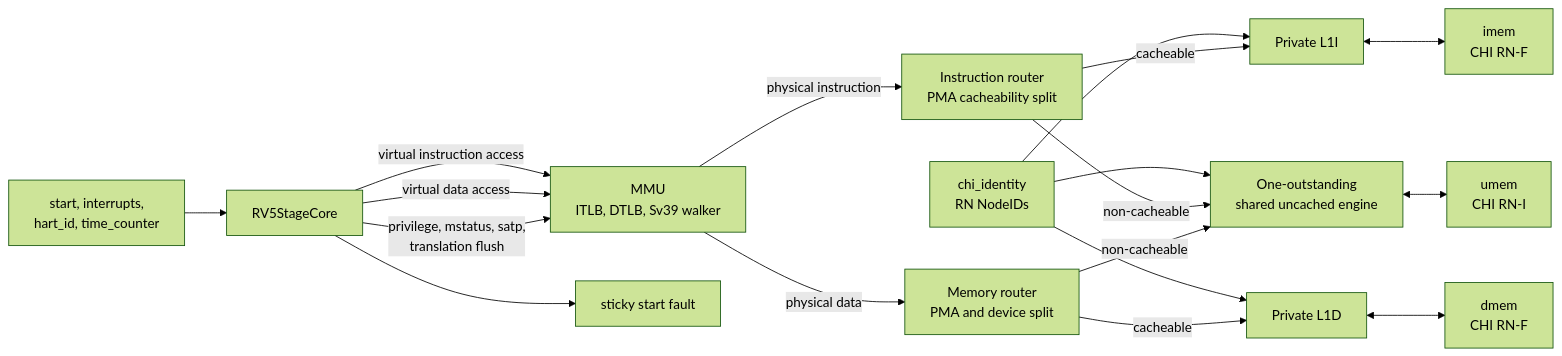
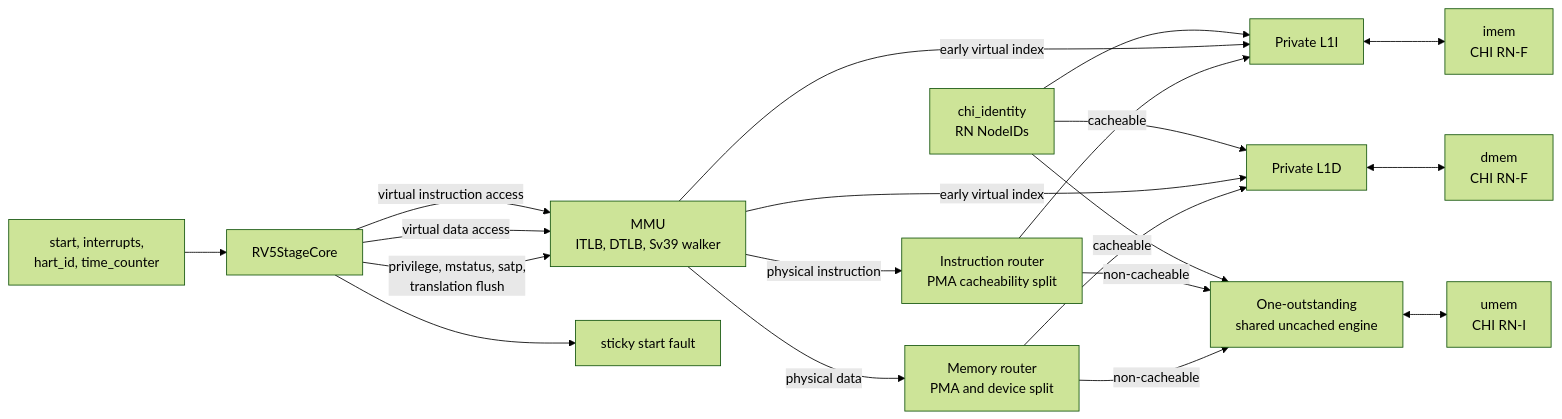
One commit to jerryz123/rhodium changed the second of 2 diagrams in cores/rv5stage/README.md. Above: the diagram before and after it, drawn with Mermaid (forest theme). The commit also changed other lines of this file and 20 other files, not shown here.

````diff
--- a/cores/rv5stage/README.md
+++ b/cores/rv5stage/README.md
@@ -249,24 +249,26 @@
 ```mermaid
 flowchart LR
     START["start, interrupts,<br/>hart_id, time_counter"] --> CORE["RV5StageCore"]
     IDENTITY["chi_identity<br/>RN NodeIDs"] --> L1I
     IDENTITY --> L1D
     IDENTITY --> UNCACHED
 
     CORE -->|"virtual instruction access"| MMU["MMU<br/>ITLB, DTLB, Sv39 walker"]
     CORE -->|"virtual data access"| MMU
     CORE -->|"privilege, mstatus, satp,<br/>translation flush"| MMU
+    MMU -->|"early virtual index"| L1I
+    MMU -->|"early virtual index"| L1D
 
     MMU -->|"physical instruction"| IROUTER["Instruction router<br/>PMA cacheability split"]
     IROUTER -->|"cacheable"| L1I["Private L1I"]
     IROUTER -->|"non-cacheable"| UNCACHED["One-outstanding<br/>shared uncached engine"]
     MMU -->|"physical data"| ROUTER["Memory router<br/>PMA and device split"]
     ROUTER -->|"cacheable"| L1D["Private L1D"]
     ROUTER -->|"non-cacheable"| UNCACHED
 
     L1I <--> IMEM["imem<br/>CHI RN-F"]
     L1D <--> DMEM["dmem<br/>CHI RN-F"]
     UNCACHED <--> UMEM["umem<br/>CHI RN-I"]
 
     CORE --> FAULT["sticky start fault"]
 ```
````
